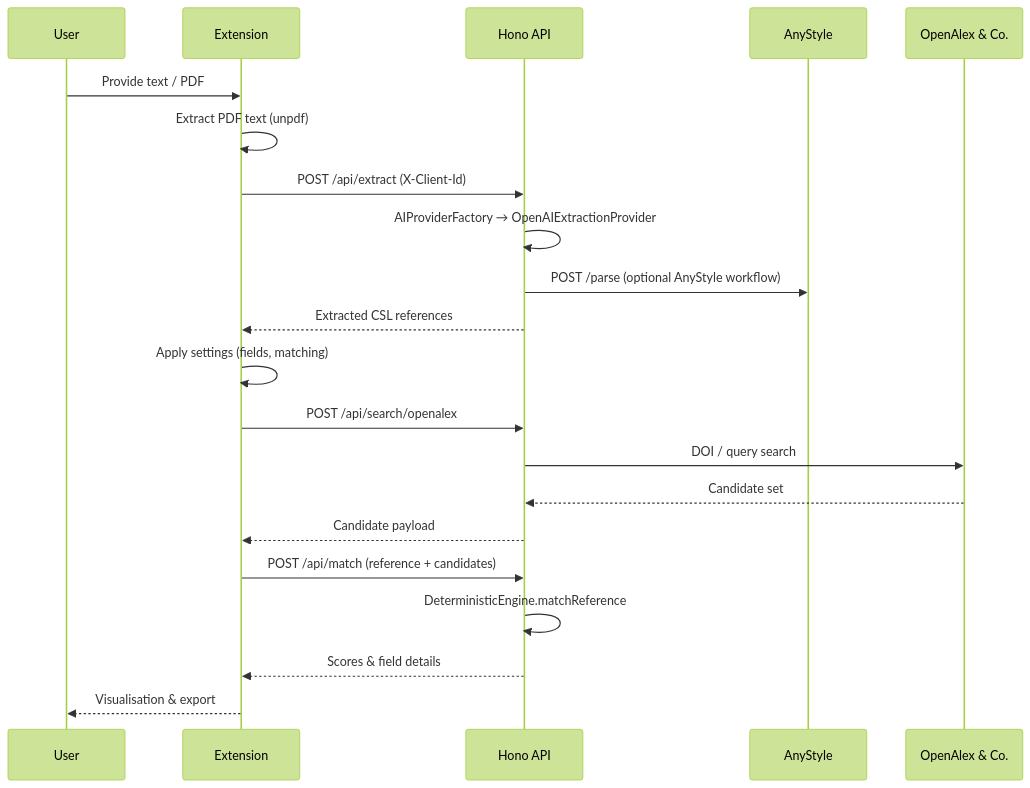
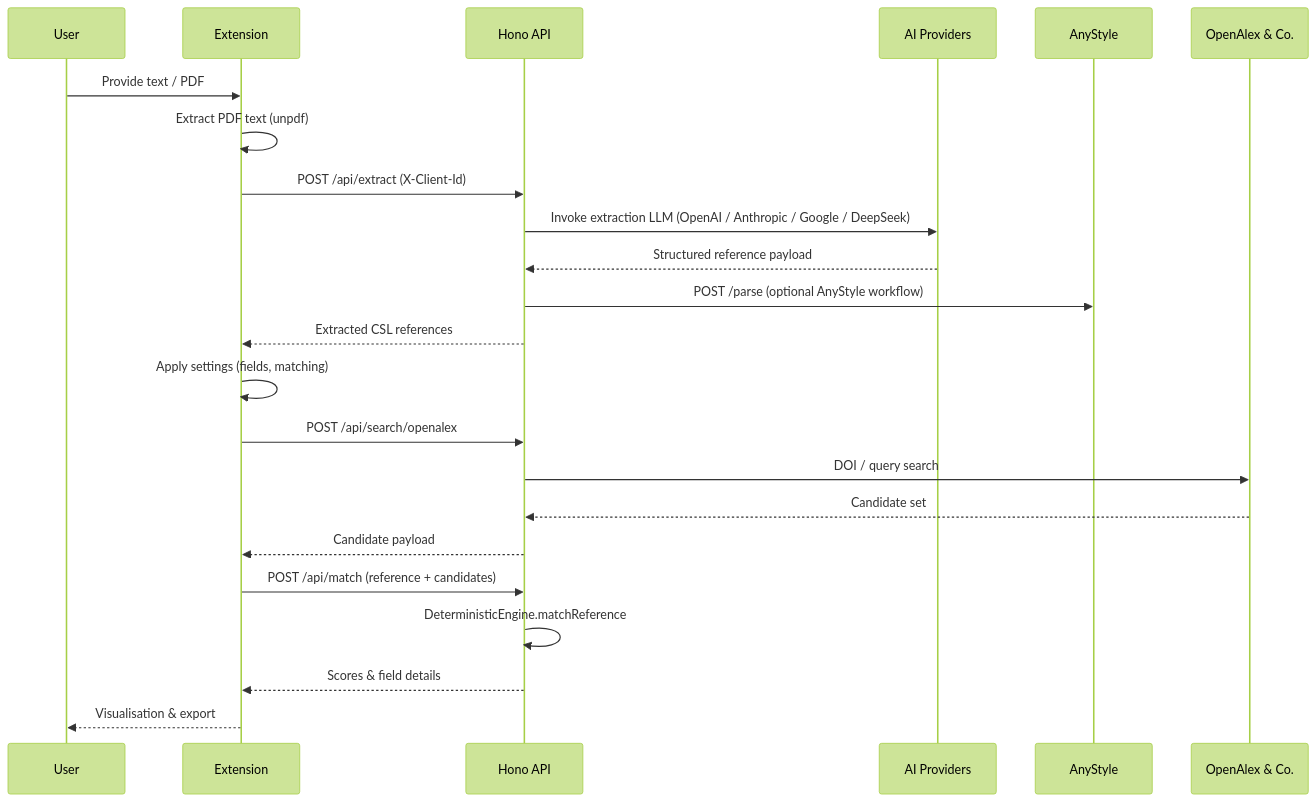
Before and after one commit to jeffnawroth/source-taster: the second of 2 diagrams in apps/docs/en/architecture.md, drawn with Mermaid (forest theme). The commit also changed other lines of this file and 2 other files, not shown here.

Commit message:
fix: update architecture diagrams to include LLM extraction and AI providers

````diff
--- a/apps/docs/en/architecture.md
+++ b/apps/docs/en/architecture.md
@@ -34,24 +36,26 @@
 ```mermaid
 sequenceDiagram
   participant User
   participant Ext as Extension
   participant API as Hono API
+  participant LLM as AI Providers
   participant Any as AnyStyle
   participant OA as OpenAlex & Co.
 
   User->>Ext: Provide text / PDF
   Ext->>Ext: Extract PDF text (unpdf)
   Ext->>API: POST /api/extract (X-Client-Id)
-  API->>API: AIProviderFactory → OpenAIExtractionProvider
+  API->>LLM: Invoke extraction LLM (OpenAI / Anthropic / Google / DeepSeek)
+  LLM-->>API: Structured reference payload
   API->>Any: POST /parse (optional AnyStyle workflow)
   API-->>Ext: Extracted CSL references
   Ext->>Ext: Apply settings (fields, matching)
   Ext->>API: POST /api/search/openalex
   API->>OA: DOI / query search
   OA-->>API: Candidate set
   API-->>Ext: Candidate payload
   Ext->>API: POST /api/match (reference + candidates)
   API->>API: DeterministicEngine.matchReference
   API-->>Ext: Scores & field details
   Ext-->>User: Visualisation & export
 ```
````
